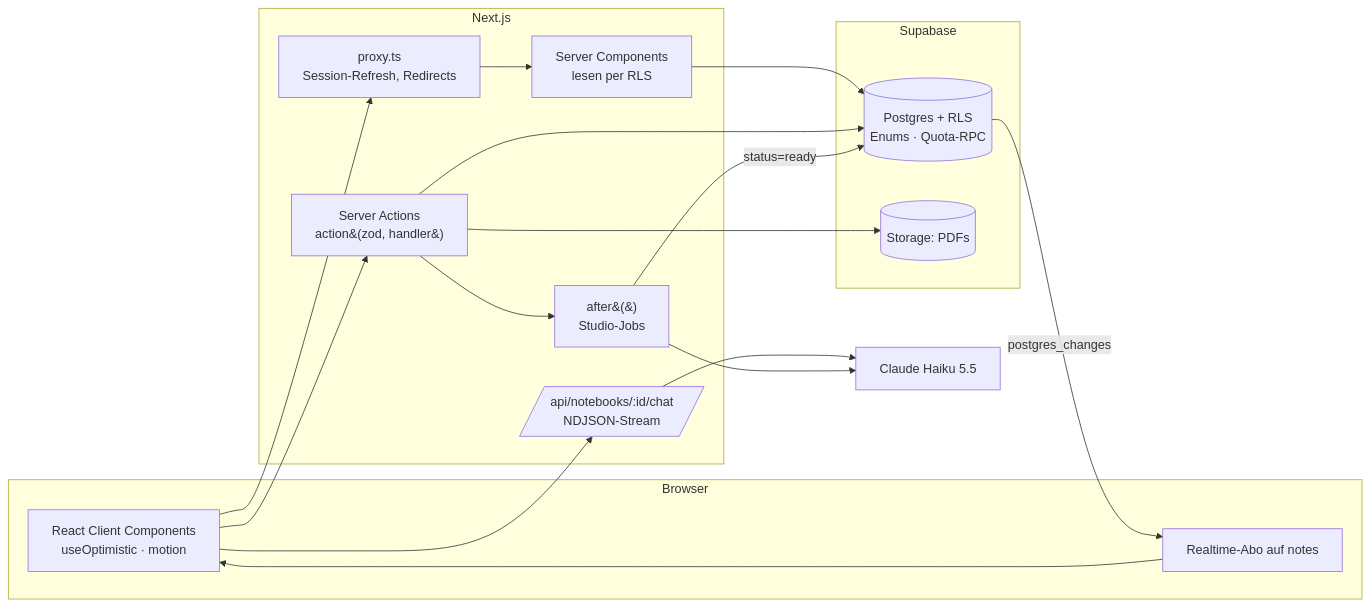
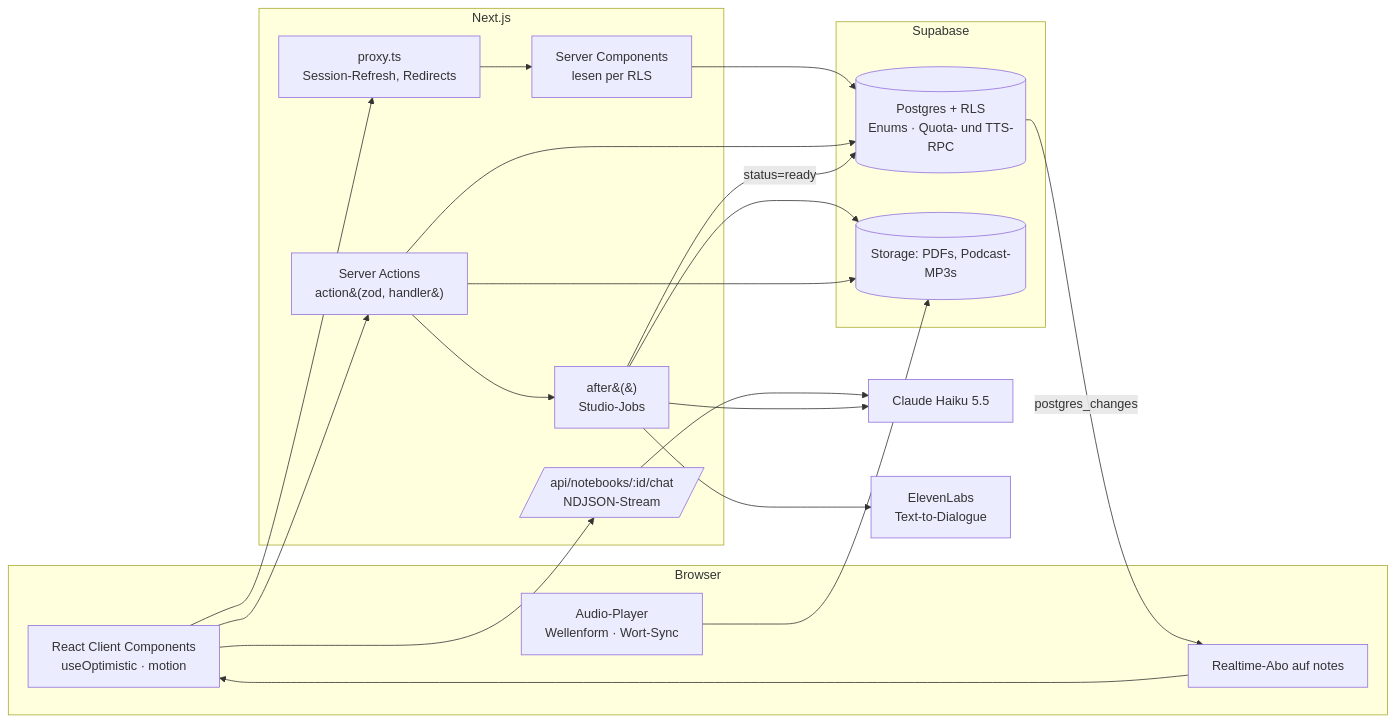
One commit to Leon-Achteresch/notebooklm-clone changed the diagram in README.md. Above: the diagram before and after it, drawn with Mermaid. The commit also changed other lines of this file, not shown here.

Commit message:
docs: describe podcast, guest access and deployment

````diff
--- a/README.md
+++ b/README.md
@@ -23,26 +40,31 @@
 ```mermaid
 flowchart LR
   subgraph Browser
     UI[React Client Components<br/>useOptimistic · motion]
     RT[Realtime-Abo auf notes]
+    PL[Audio-Player<br/>Wellenform · Wort-Sync]
   end
   subgraph Next.js
     PX[proxy.ts<br/>Session-Refresh, Redirects]
     RSC[Server Components<br/>lesen per RLS]
     SA[Server Actions<br/>action&#40;zod, handler&#41;]
     API[/api/notebooks/:id/chat<br/>NDJSON-Stream/]
     AFTER[after&#40;&#41;<br/>Studio-Jobs]
   end
   subgraph Supabase
-    PG[(Postgres + RLS<br/>Enums · Quota-RPC)]
-    ST[(Storage: PDFs)]
+    PG[(Postgres + RLS<br/>Enums · Quota- und TTS-RPC)]
+    ST[(Storage: PDFs, Podcast-MP3s)]
   end
   CL[Claude Haiku 5.5]
+  EL[ElevenLabs<br/>Text-to-Dialogue]
 
   UI --> PX --> RSC --> PG
   UI --> SA --> PG
   UI --> API --> CL
   SA --> AFTER --> CL
+  AFTER --> EL
+  AFTER --> ST
   AFTER -- status=ready --> PG -- postgres_changes --> RT --> UI
+  PL --> ST
   SA --> ST
 ```
````
